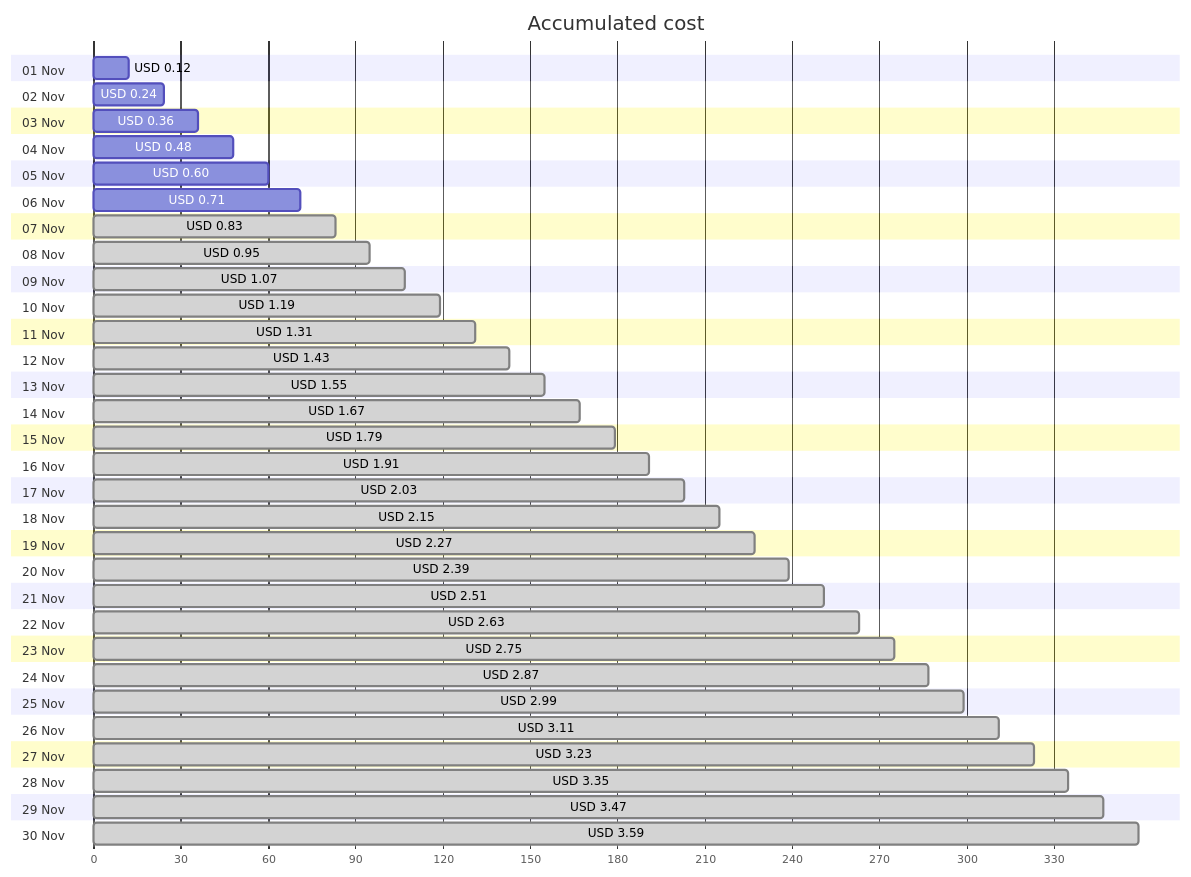
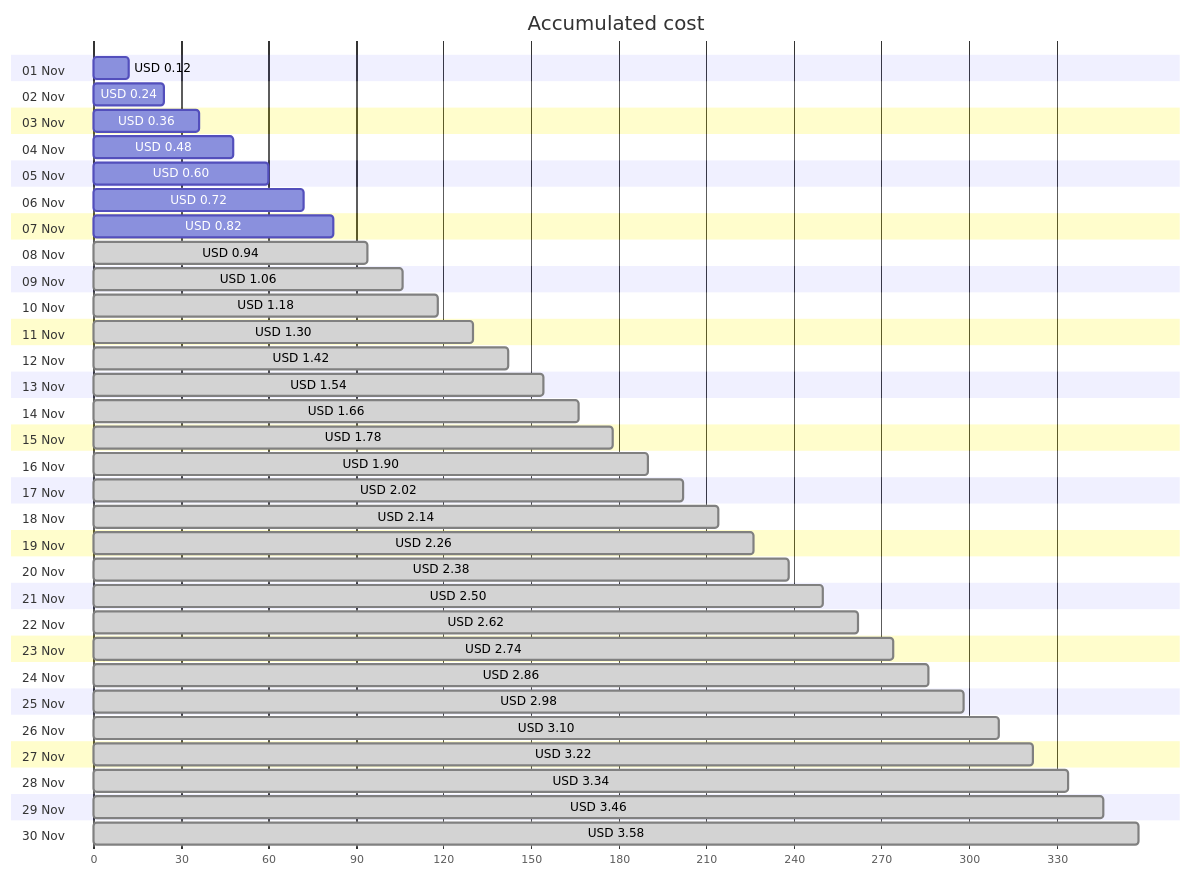
The first of 4 diagrams in cost-reports/personal-network/backup-server-public-ip.md (jpfulton/azure-personal-reports), drawn with Mermaid before and after one commit. The commit also changed other lines of this file and 8 other files, not shown here.

````diff
--- a/cost-reports/personal-network/backup-server-public-ip.md
+++ b/cost-reports/personal-network/backup-server-public-ip.md
@@ -20,66 +20,66 @@
 ```mermaid
 gantt
    title Accumulated cost
    dateFormat  X
    axisFormat %s
    section 01 Nov
    USD 0.12 :0, 12
    section 02 Nov
    USD 0.24 :0, 24
    section 03 Nov
    USD 0.36 :0, 36
    section 04 Nov
    USD 0.48 :0, 48
    section 05 Nov
    USD 0.60 :0, 60
    section 06 Nov
-   USD 0.71 :0, 71
+   USD 0.72 :0, 72
    section 07 Nov
-   USD 0.83 : done, 0, 83
+   USD 0.82 :0, 82
    section 08 Nov
-   USD 0.95 : done, 0, 95
+   USD 0.94 : done, 0, 94
    section 09 Nov
-   USD 1.07 : done, 0, 107
+   USD 1.06 : done, 0, 106
    section 10 Nov
-   USD 1.19 : done, 0, 119
+   USD 1.18 : done, 0, 118
    section 11 Nov
-   USD 1.31 : done, 0, 131
+   USD 1.30 : done, 0, 130
    section 12 Nov
-   USD 1.43 : done, 0, 143
+   USD 1.42 : done, 0, 142
    section 13 Nov
-   USD 1.55 : done, 0, 155
+   USD 1.54 : done, 0, 154
    section 14 Nov
-   USD 1.67 : done, 0, 167
+   USD 1.66 : done, 0, 166
    section 15 Nov
-   USD 1.79 : done, 0, 179
+   USD 1.78 : done, 0, 178
    section 16 Nov
-   USD 1.91 : done, 0, 191
+   USD 1.90 : done, 0, 190
    section 17 Nov
-   USD 2.03 : done, 0, 203
+   USD 2.02 : done, 0, 202
    section 18 Nov
-   USD 2.15 : done, 0, 215
+   USD 2.14 : done, 0, 214
    section 19 Nov
-   USD 2.27 : done, 0, 227
+   USD 2.26 : done, 0, 226
    section 20 Nov
-   USD 2.39 : done, 0, 239
+   USD 2.38 : done, 0, 238
    section 21 Nov
-   USD 2.51 : done, 0, 251
+   USD 2.50 : done, 0, 250
    section 22 Nov
-   USD 2.63 : done, 0, 263
+   USD 2.62 : done, 0, 262
    section 23 Nov
-   USD 2.75 : done, 0, 275
+   USD 2.74 : done, 0, 274
    section 24 Nov
-   USD 2.87 : done, 0, 287
+   USD 2.86 : done, 0, 286
    section 25 Nov
-   USD 2.99 : done, 0, 299
+   USD 2.98 : done, 0, 298
    section 26 Nov
-   USD 3.11 : done, 0, 311
+   USD 3.10 : done, 0, 310
    section 27 Nov
-   USD 3.23 : done, 0, 323
+   USD 3.22 : done, 0, 322
    section 28 Nov
-   USD 3.35 : done, 0, 335
+   USD 3.34 : done, 0, 334
    section 29 Nov
-   USD 3.47 : done, 0, 347
+   USD 3.46 : done, 0, 346
    section 30 Nov
-   USD 3.59 : done, 0, 359
+   USD 3.58 : done, 0, 358
 ```
````
